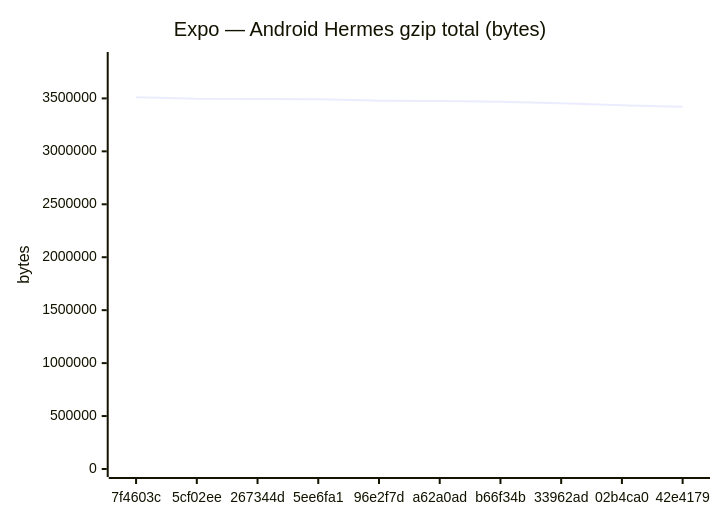
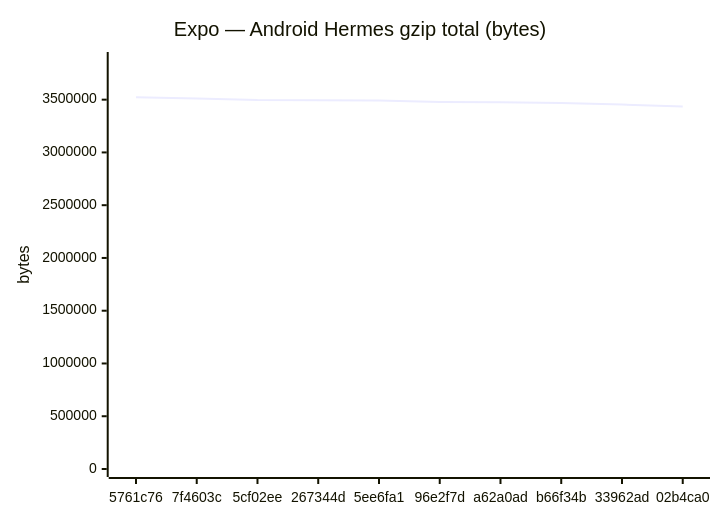
One commit to Metaheurist/Rianell changed the fifth of 18 diagrams in benchmarks/compare.md. Above: the diagram before and after it, drawn with Mermaid. The commit also changed other lines of this file and 11 other files, not shown here.

````diff
--- a/benchmarks/compare.md
+++ b/benchmarks/compare.md
@@ -89,7 +89,7 @@
 ```mermaid
 xychart-beta
     title "Expo — Android Hermes gzip total (bytes)"
-    x-axis ["7f4603c", "5cf02ee", "267344d", "5ee6fa1", "96e2f7d", "a62a0ad", "b66f34b", "33962ad", "02b4ca0", "42e4179"]
-    y-axis "bytes" 0 --> 3862622
-    line [3511474, 3496393, 3494445, 3491111, 3478911, 3474606, 3468338, 3454266, 3434635, 3421569]
+    x-axis ["5761c76", "7f4603c", "5cf02ee", "267344d", "5ee6fa1", "96e2f7d", "a62a0ad", "b66f34b", "33962ad", "02b4ca0"]
+    y-axis "bytes" 0 --> 3875896
+    line [3523541, 3511474, 3496393, 3494445, 3491111, 3478911, 3474606, 3468338, 3454266, 3434635]
 ```
````
